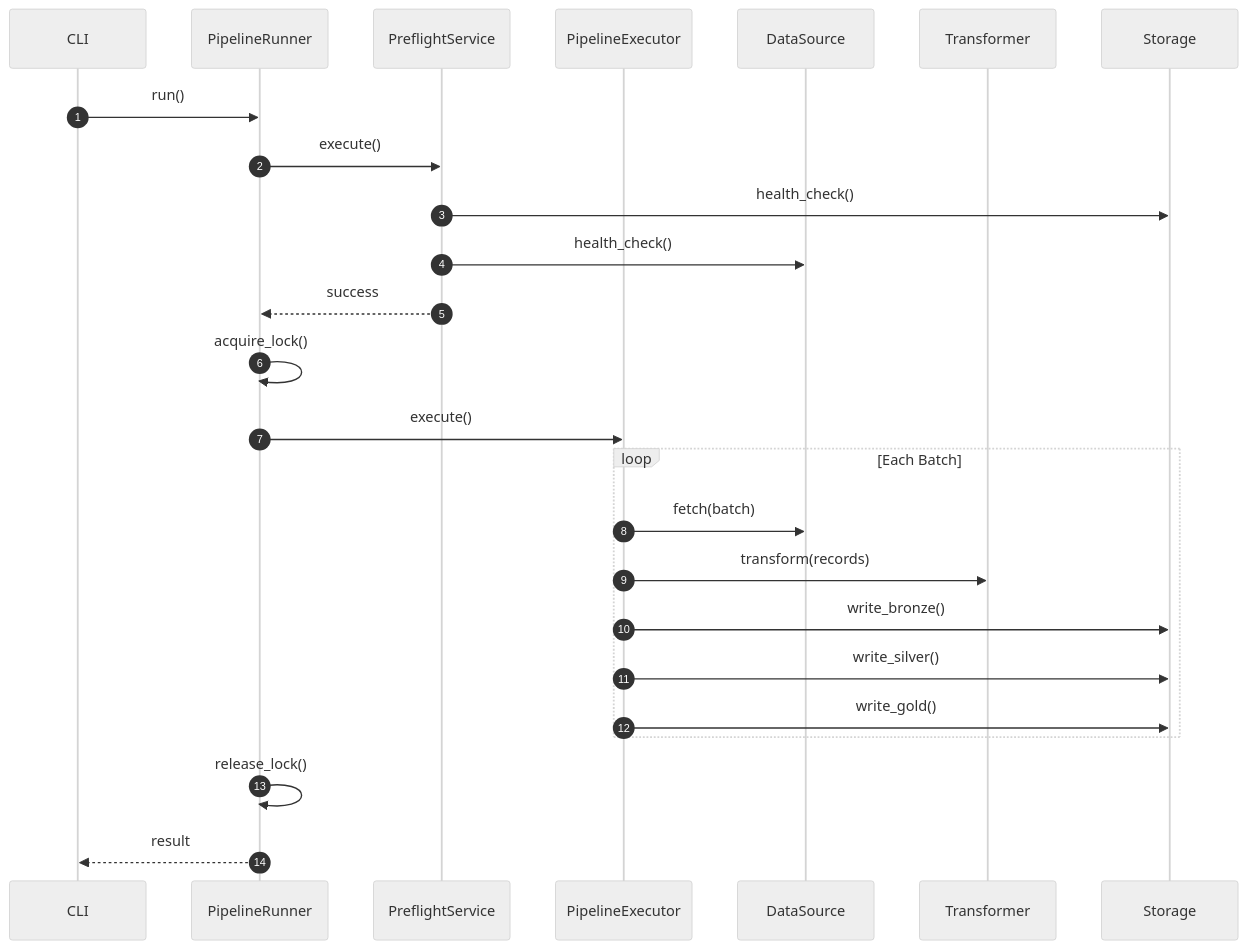
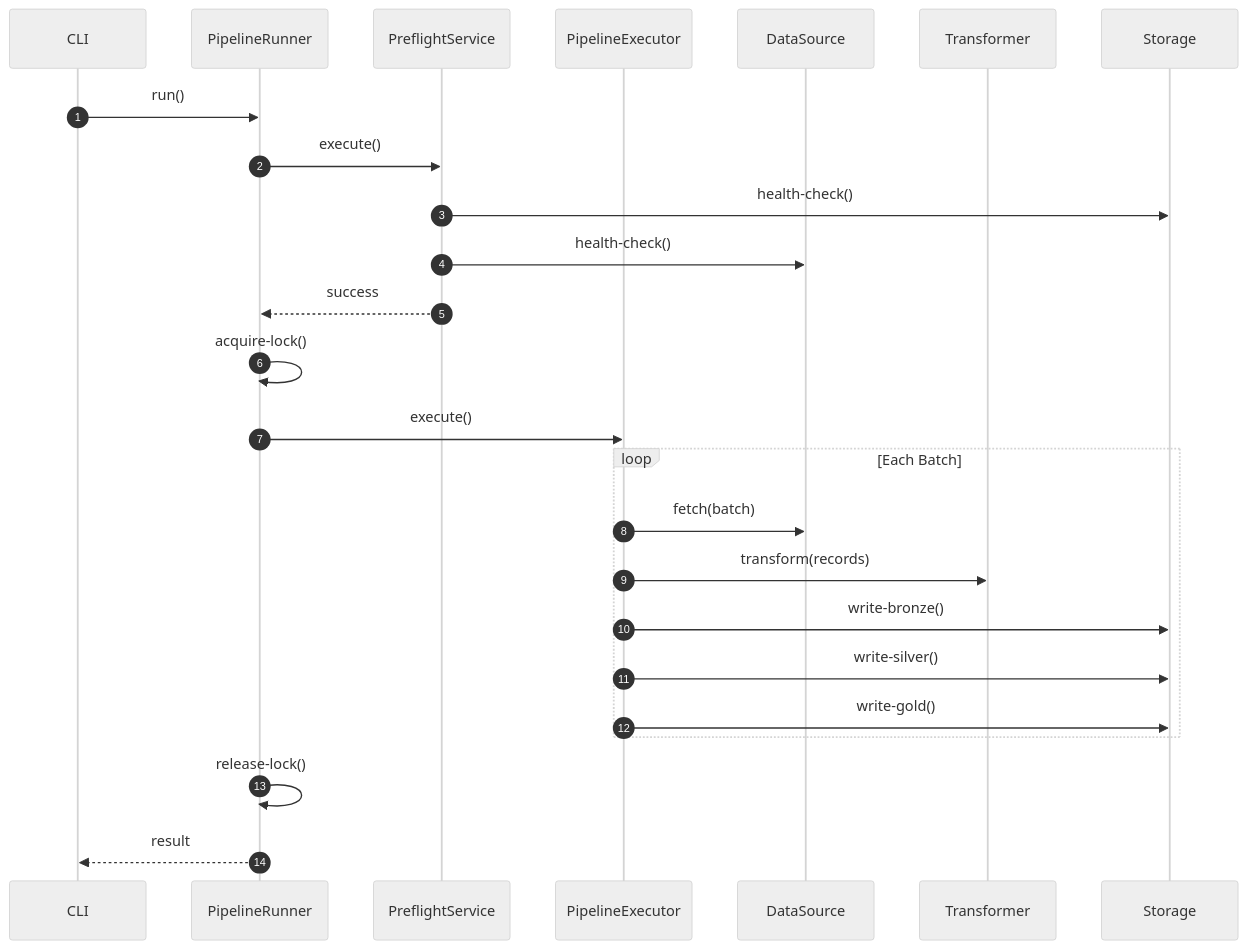
The fifth of 9 diagrams in docs/02-architecture/diagrams.md (SatoryKono/BioactivityDataAcquisition), drawn with Mermaid (neutral theme) before and after one commit. The commit also changed other lines of this file and 311 other files, not shown here.

````diff
--- a/docs/02-architecture/diagrams.md
+++ b/docs/02-architecture/diagrams.md
@@ -166,31 +166,31 @@
 ```mermaid
 sequenceDiagram
     autonumber
     participant CLI
     participant Runner as PipelineRunner
     participant Preflight as PreflightService
     participant Executor as PipelineExecutor
     participant DataSource
     participant Transformer
     participant Storage
 
     CLI->>Runner: run()
     Runner->>Preflight: execute()
-    Preflight->>Storage: health_check()
-    Preflight->>DataSource: health_check()
+    Preflight->>Storage: health-check()
+    Preflight->>DataSource: health-check()
     Preflight-->>Runner: success
 
-    Runner->>Runner: acquire_lock()
+    Runner->>Runner: acquire-lock()
     Runner->>Executor: execute()
 
     loop Each Batch
         Executor->>DataSource: fetch(batch)
         Executor->>Transformer: transform(records)
-        Executor->>Storage: write_bronze()
-        Executor->>Storage: write_silver()
-        Executor->>Storage: write_gold()
+        Executor->>Storage: write-bronze()
+        Executor->>Storage: write-silver()
+        Executor->>Storage: write-gold()
     end
 
-    Runner->>Runner: release_lock()
+    Runner->>Runner: release-lock()
     Runner-->>CLI: result
 ```
````
